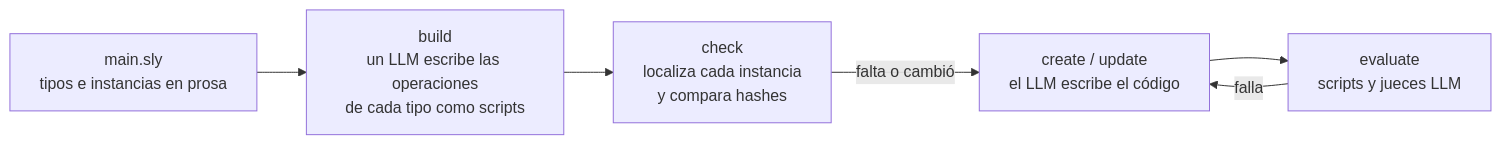
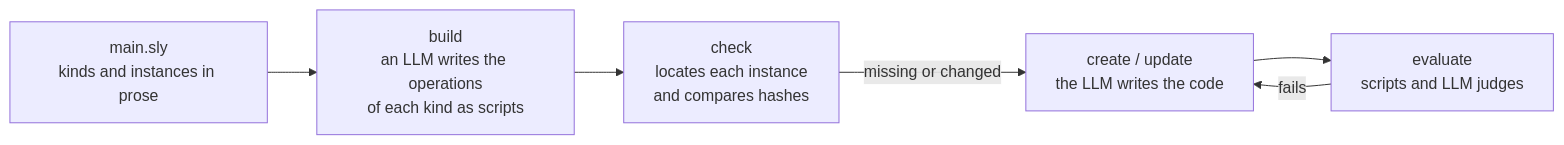
The diagram in README.md (CTorresDex/slyther), drawn with Mermaid before and after one commit. The commit also changed other lines of this file, not shown here.

````diff
--- a/README.md
+++ b/README.md
@@ -5,8 +5,8 @@
 ```mermaid
 flowchart LR
-    A["main.sly<br/>tipos e instancias en prosa"] --> B["build<br/>un LLM escribe las operaciones<br/>de cada tipo como scripts"]
-    B --> C["check<br/>localiza cada instancia<br/>y compara hashes"]
-    C -->|"falta o cambió"| D["create / update<br/>el LLM escribe el código"]
-    D --> E["evaluate<br/>scripts y jueces LLM"]
-    E -->|"falla"| D
+    A["main.sly<br/>kinds and instances in prose"] --> B["build<br/>an LLM writes the operations<br/>of each kind as scripts"]
+    B --> C["check<br/>locates each instance<br/>and compares hashes"]
+    C -->|"missing or changed"| D["create / update<br/>the LLM writes the code"]
+    D --> E["evaluate<br/>scripts and LLM judges"]
+    E -->|"fails"| D
 ```
````
